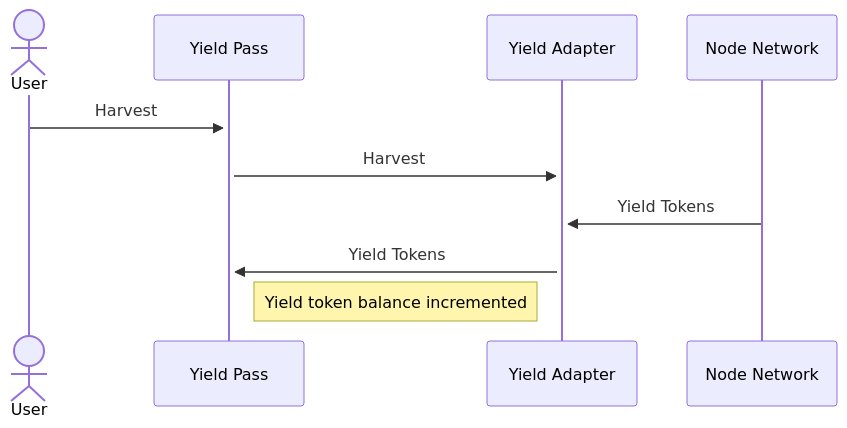
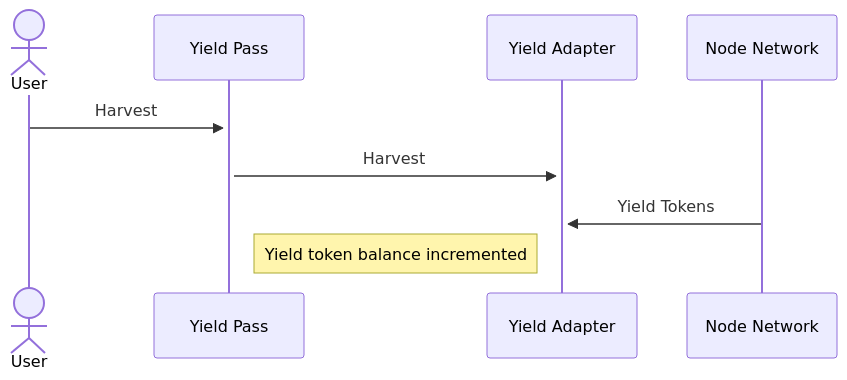
Before and after one commit to metastreet-labs/metastreet-yield-pass: the second of 5 diagrams in docs/DESIGN.md, drawn with Mermaid. The commit also changed other lines of this file and 14 other files, not shown here.

````diff
--- a/docs/DESIGN.md
+++ b/docs/DESIGN.md
@@ -71,9 +71,8 @@
 ```mermaid
 sequenceDiagram
     actor User
     User->>+Yield Pass: Harvest
     Yield Pass->>+Yield Adapter: Harvest
     Node Network->>+Yield Adapter: Yield Tokens
-    Yield Adapter->>+Yield Pass: Yield Tokens
     Note right of Yield Pass: Yield token balance incremented
 ```
````
